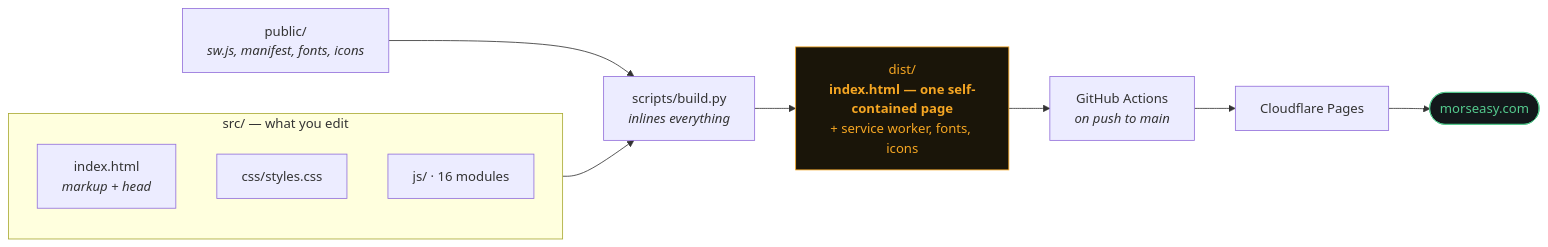
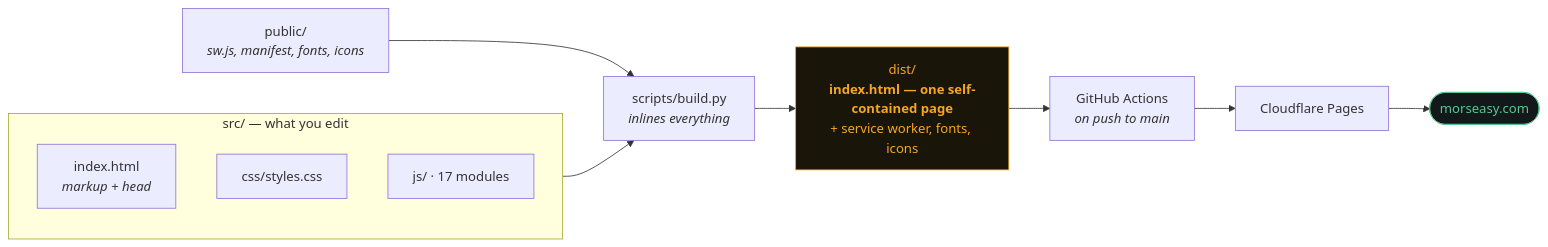
Before and after one commit to vandernunes/morseasy: the second of 2 diagrams in README.md, drawn with Mermaid. The commit also changed other lines of this file and 10 other files, not shown here.

````diff
--- a/README.md
+++ b/README.md
@@ -162,19 +161,19 @@
 ```mermaid
 flowchart LR
     subgraph SRC ["src/ — what you edit"]
         direction TB
         H["index.html<br/><i>markup + head</i>"]
         CSS["css/styles.css"]
-        JS["js/ · 16 modules"]
+        JS["js/ · 17 modules"]
     end
 
     SRC --> B["scripts/build.py<br/><i>inlines everything</i>"]
     P["public/<br/><i>sw.js, manifest, fonts, icons</i>"] --> B
     B --> D["dist/<br/><b>index.html — one self-contained page</b><br/>+ service worker, fonts, icons"]
     D --> CI["GitHub Actions<br/><i>on push to main</i>"]
     CI --> CF["Cloudflare Pages"]
     CF --> DOM(["morseasy.com"])
 
     style D fill:#1A1509,stroke:#F5A623,color:#F5A623
     style DOM fill:#13181B,stroke:#54C98D,color:#54C98D
 ```
````
